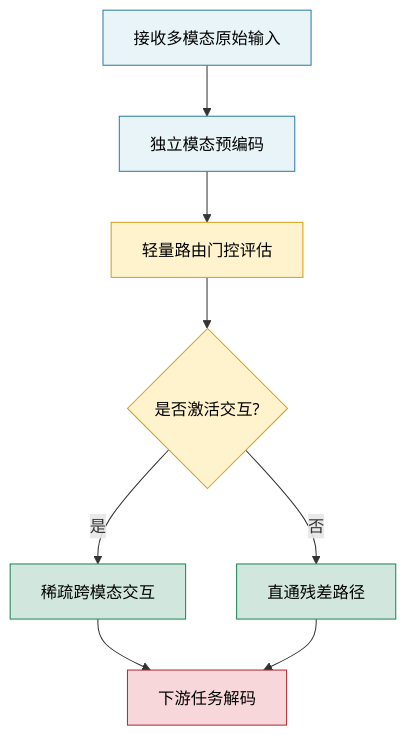
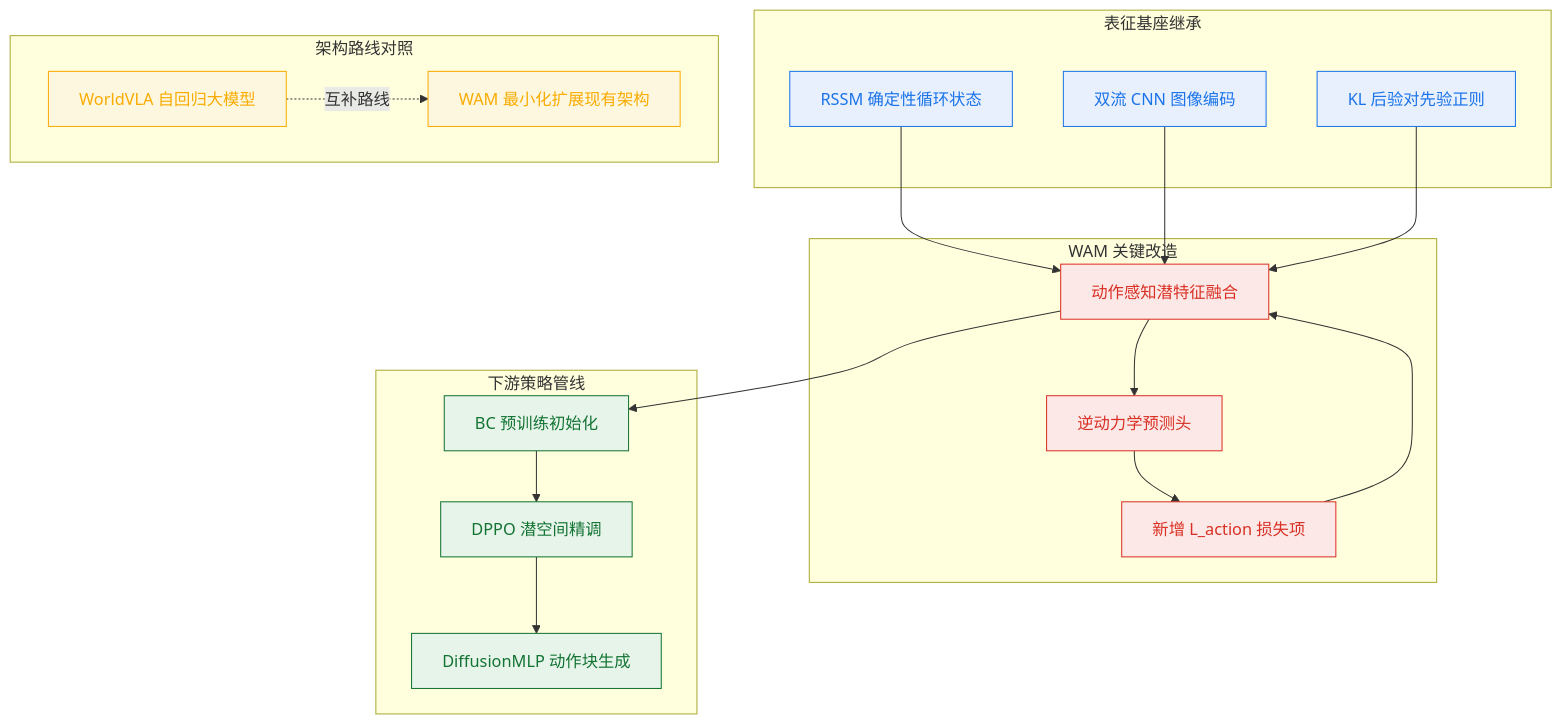
One commit to ShinewineW/paper-rolling changed the sixth of 10 diagrams in person_vault/2026-06-08_EnhancingPolicyLearningWithWorldActionModel_2603.28955/report.md. Above: the diagram before and after it, drawn with Mermaid. The commit also changed other lines of this file and 51 other files, not shown here.

````diff
--- a/person_vault/2026-06-08_EnhancingPolicyLearningWithWorldActionModel_2603.28955/report.md
+++ b/person_vault/2026-06-08_EnhancingPolicyLearningWithWorldActionModel_2603.28955/report.md
@@ -277,15 +417,41 @@
 ```mermaid
-flowchart TD
-    classDef input fill:#e8f4f8,stroke:#2c7da0,color:#000;
-    classDef gate fill:#fff3cd,stroke:#d4a017,color:#000;
-    classDef route fill:#d1e7dd,stroke:#198754,color:#000;
-    classDef output fill:#f8d7da,stroke:#b02a37,color:#000;
+flowchart TB
+    classDef base fill:#e8f0fe,stroke:#1a73e8,color:#1a73e8
+    classDef wam fill:#fce8e6,stroke:#d93025,color:#d93025
+    classDef policy fill:#e6f4ea,stroke:#137333,color:#137333
+    classDef contrast fill:#fef7e0,stroke:#f9ab00,color:#f9ab00
 
-    raw_input["接收多模态原始输入"]:::input --> pre_encode["独立模态预编码"]:::input
-    pre_encode --> gate_eval["轻量路由门控评估"]:::gate
-    gate_eval --> route_decision{是否激活交互?}:::gate
-    route_decision -- 是 --> sparse_fuse["稀疏跨模态交互"]:::route
-    route_decision -- 否 --> bypass["直通残差路径"]:::route
-    sparse_fuse --> task_head["下游任务解码"]:::output
-    bypass --> task_head
+    subgraph 表征基座 ["表征基座继承"]
+        rssm["RSSM 确定性循环状态"]:::base
+        dual_cnn["双流 CNN 图像编码"]:::base
+        kl_reg["KL 后验对先验正则"]:::base
+    end
+
+    subgraph 核心改造 ["WAM 关键改造"]
+        inv_head["逆动力学预测头"]:::wam
+        l_action["新增 L_action 损失项"]:::wam
+        latent_fusion["动作感知潜特征融合"]:::wam
+    end
+
+    subgraph 策略管线 ["下游策略管线"]
+        bc_pretrain["BC 预训练初始化"]:::policy
+        dppo["DPPO 潜空间精调"]:::policy
+        diffusion_mlp["DiffusionMLP 动作块生成"]:::policy
+    end
+
+    subgraph 路线对照 ["架构路线对照"]
+        worldvla["WorldVLA 自回归大模型"]:::contrast
+        wam_minimal["WAM 最小化扩展现有架构"]:::contrast
+    end
+
+    rssm --> latent_fusion
+    dual_cnn --> latent_fusion
+    kl_reg --> latent_fusion
+    latent_fusion --> inv_head
+    inv_head --> l_action
+    l_action --> latent_fusion
+    latent_fusion --> bc_pretrain
+    bc_pretrain --> dppo
+    dppo --> diffusion_mlp
+    worldvla -. 互补路线 .-> wam_minimal
 ```
````
